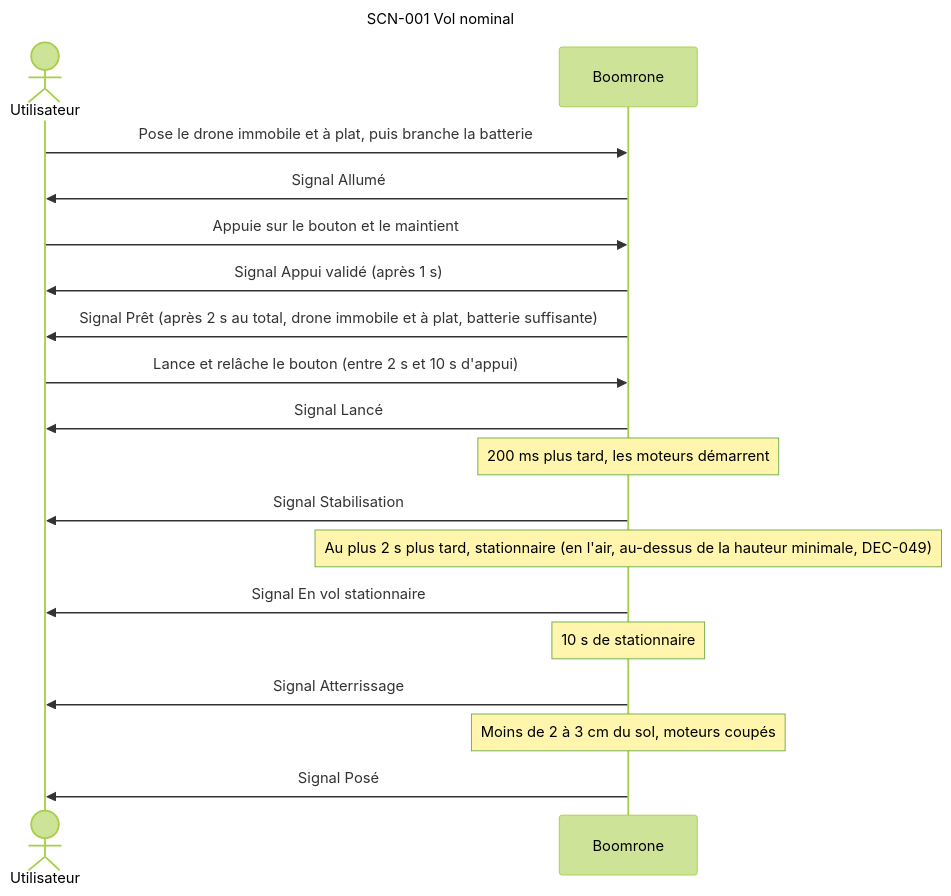
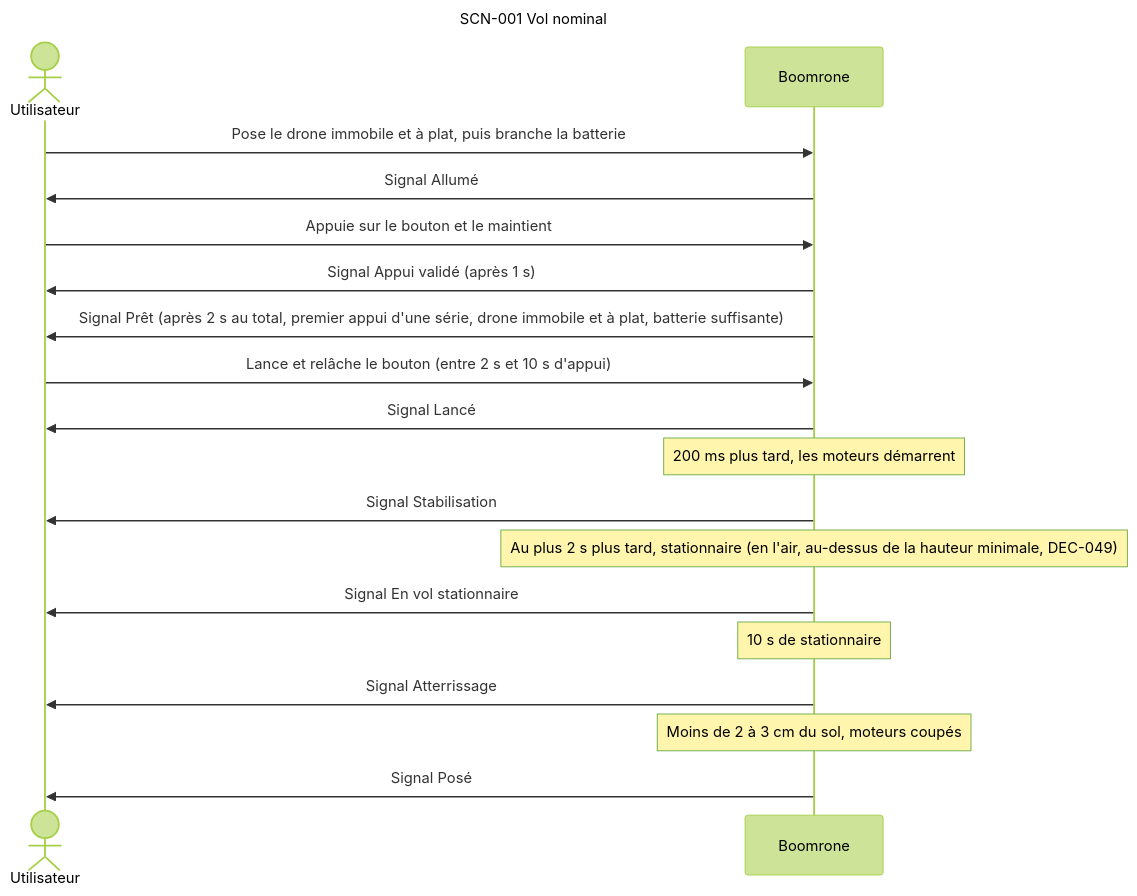
The third of 13 diagrams in projets/boomrone/00-scenarios.md (thourymatthieu-png/coworker_archi_system), drawn with Mermaid (forest theme) before and after one commit. The commit also changed other lines of this file and 6 other files, not shown here.

Commit message:
Boomrone : armement depuis le premier appui, bouton en vol de réglage, retours à l'attente (DEC-076 à DEC-082), DOU-081 et DOU-082 levés

````diff
--- a/projets/boomrone/00-scenarios.md
+++ b/projets/boomrone/00-scenarios.md
@@ -161,23 +170,23 @@
 ```mermaid
 ---
 title: "SCN-001 Vol nominal"
 ---
 sequenceDiagram
     actor U as Utilisateur
     participant D as Boomrone
     U->>D: Pose le drone immobile et à plat, puis branche la batterie
     D->>U: Signal Allumé
     U->>D: Appuie sur le bouton et le maintient
     D->>U: Signal Appui validé (après 1 s)
-    D->>U: Signal Prêt (après 2 s au total, drone immobile et à plat, batterie suffisante)
+    D->>U: Signal Prêt (après 2 s au total, premier appui d'une série, drone immobile et à plat, batterie suffisante)
     U->>D: Lance et relâche le bouton (entre 2 s et 10 s d'appui)
     D->>U: Signal Lancé
     Note over D: 200 ms plus tard, les moteurs démarrent
     D->>U: Signal Stabilisation
     Note over D: Au plus 2 s plus tard, stationnaire (en l'air, au-dessus de la hauteur minimale, DEC-049)
     D->>U: Signal En vol stationnaire
     Note over D: 10 s de stationnaire
     D->>U: Signal Atterrissage
     Note over D: Moins de 2 à 3 cm du sol, moteurs coupés
     D->>U: Signal Posé
 ```
````
